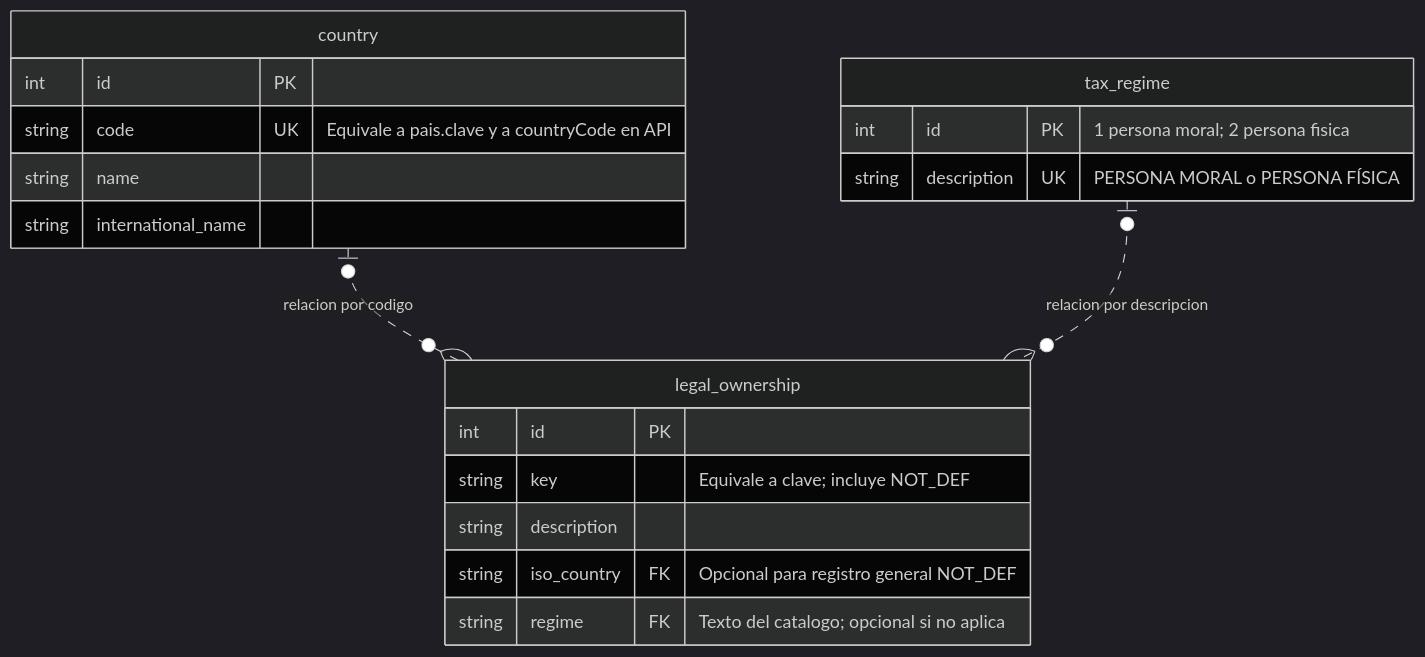
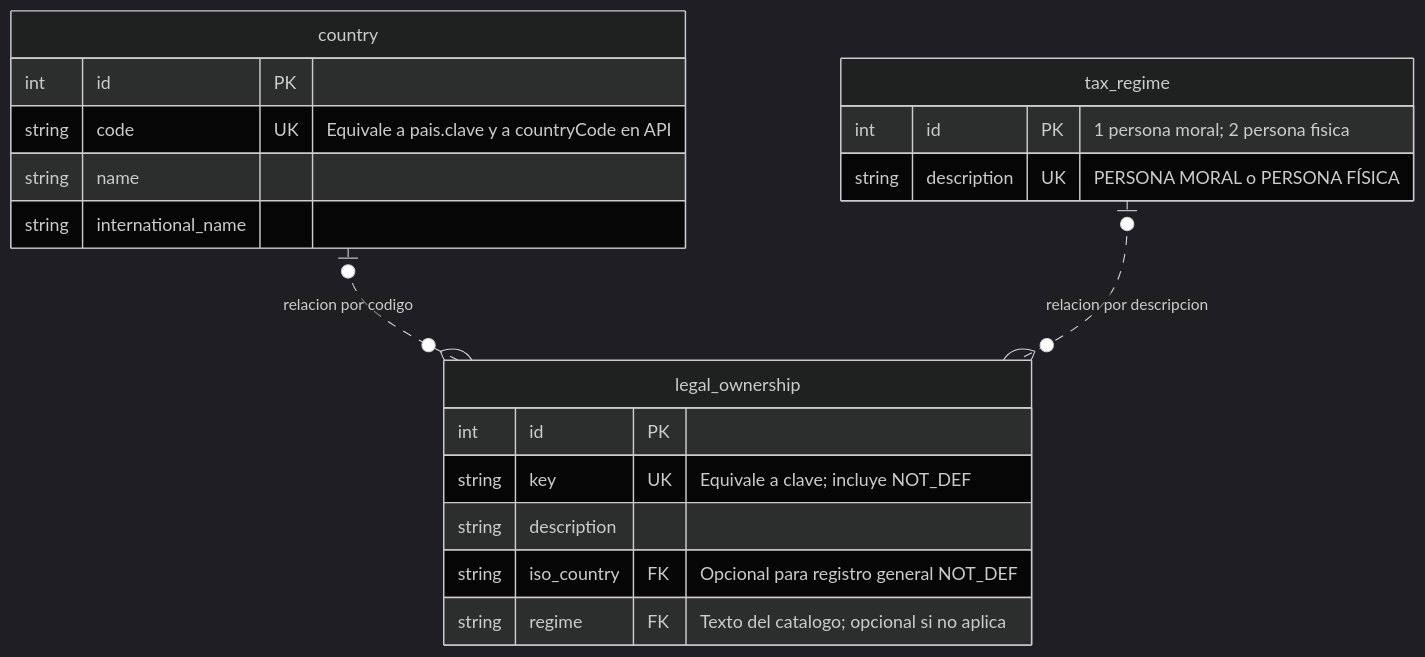
Before and after one commit to fredkor/ai-ssd-registro-proveedores: the first of 4 diagrams in specs/architecture/catalog-database-proposal.md, drawn with Mermaid (dark theme). The commit also changed other lines of this file and 12 other files, not shown here.

````diff
--- a/specs/architecture/catalog-database-proposal.md
+++ b/specs/architecture/catalog-database-proposal.md
@@ -17,22 +17,22 @@
 ```mermaid
 erDiagram
     country["country"] {
         int id PK
         string code UK "Equivale a pais.clave y a countryCode en API"
         string name
         string international_name
     }
     taxRegime["tax_regime"] {
         int id PK "1 persona moral; 2 persona fisica"
         string description UK "PERSONA MORAL o PERSONA FÍSICA"
     }
     legalOwnership["legal_ownership"] {
         int id PK
-        string key "Equivale a clave; incluye NOT_DEF"
+        string key UK "Equivale a clave; incluye NOT_DEF"
         string description
         string iso_country FK "Opcional para registro general NOT_DEF"
         string regime FK "Texto del catalogo; opcional si no aplica"
     }
     country |o..o{ legalOwnership : "relacion por codigo"
     taxRegime |o..o{ legalOwnership : "relacion por descripcion"
 ```
````
